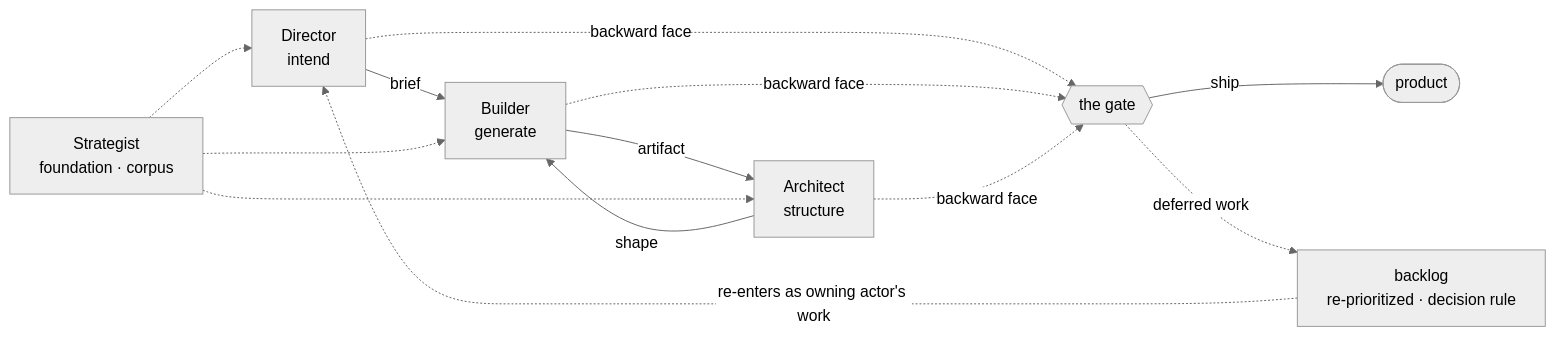
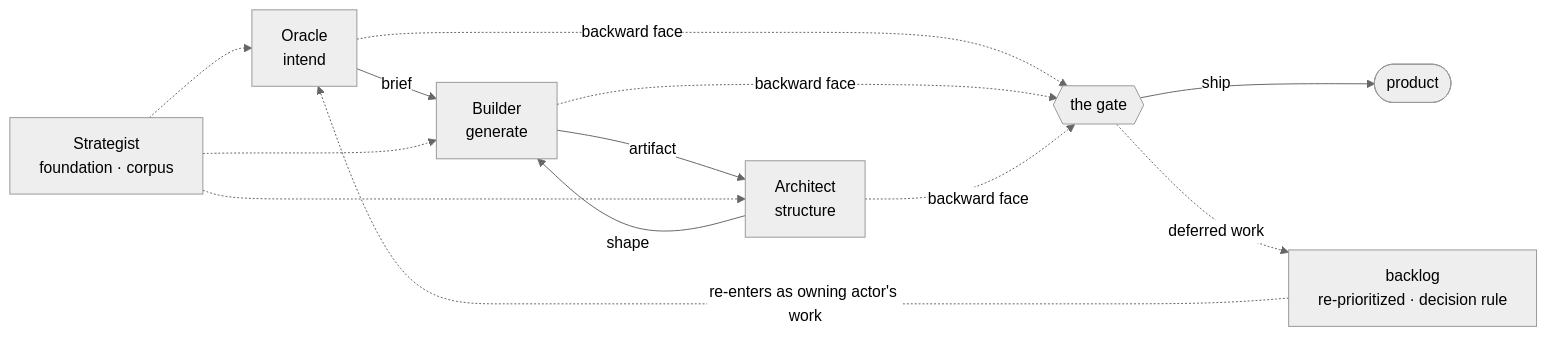
Before and after one commit to cyberuni/cyberplace: the third of 6 diagrams in artifacts/specs/motive-model/spec.md, drawn with Mermaid (neutral theme). The commit also changed other lines of this file and 81 other files, not shown here.

First line of the commit message:
refactor(sdd): rename Director actor to Oracle

````diff
--- a/artifacts/specs/motive-model/spec.md
+++ b/artifacts/specs/motive-model/spec.md
@@ -170,15 +170,15 @@
 ```mermaid
 flowchart LR
-    F["Director<br/>intend"] -->|brief| B["Builder<br/>generate"]
+    F["Oracle<br/>intend"] -->|brief| B["Builder<br/>generate"]
     B -->|artifact| AR["Architect<br/>structure"]
     AR -->|shape| B
     F -.->|backward face| G{{"the gate"}}
     B -.->|backward face| G
     AR -.->|backward face| G
     G -->|ship| OUT(["product"])
     G -.->|"deferred work"| BL["backlog<br/>re-prioritized · decision rule"]
     BL -.->|"re-enters as owning actor's work"| F
     C["Strategist<br/>foundation · corpus"] -.-> F
     C -.-> B
     C -.-> AR
 ```
````
